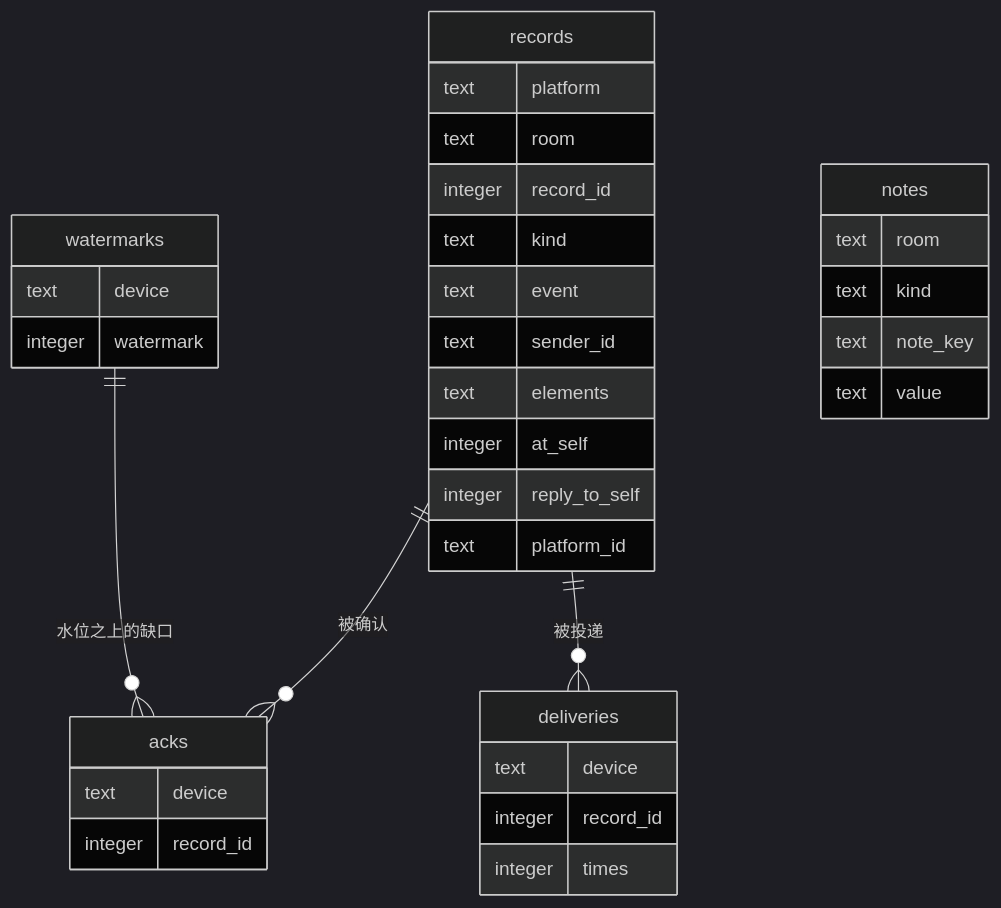
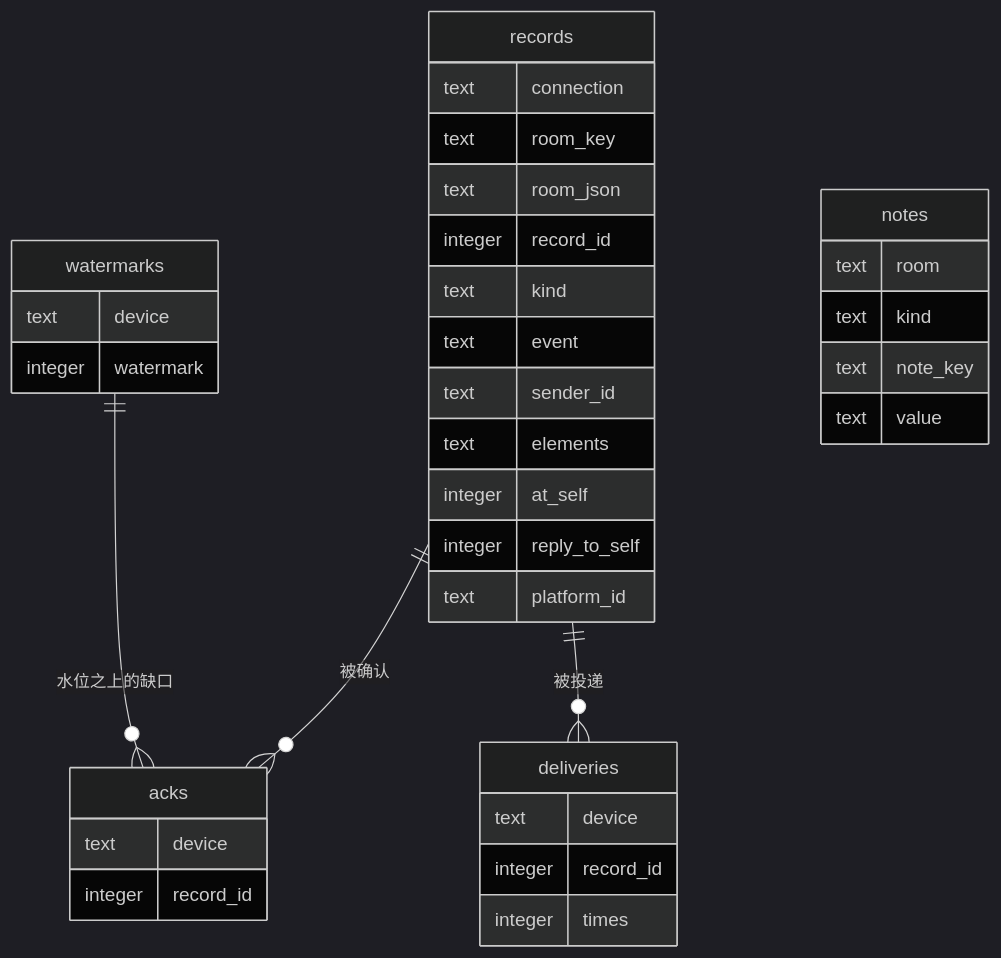
The diagram in docs/07-storage.md (DataEraserC/qq-bridge), drawn with Mermaid (dark theme) before and after one commit. The commit also changed other lines of this file and 37 other files, not shown here.

````diff
--- a/docs/07-storage.md
+++ b/docs/07-storage.md
@@ -25,37 +25,38 @@
 ```mermaid
 erDiagram
     records {
-        text platform
-        text room
+        text connection
+        text room_key
+        text room_json
         integer record_id
         text kind
         text event
         text sender_id
         text elements
         integer at_self
         integer reply_to_self
         text platform_id
     }
     watermarks {
         text device
         integer watermark
     }
     acks {
         text device
         integer record_id
     }
     deliveries {
         text device
         integer record_id
         integer times
     }
     notes {
         text room
         text kind
         text note_key
         text value
     }
     records ||--o{ acks : "被确认"
     records ||--o{ deliveries : "被投递"
     watermarks ||--o{ acks : "水位之上的缺口"
 ```
````
